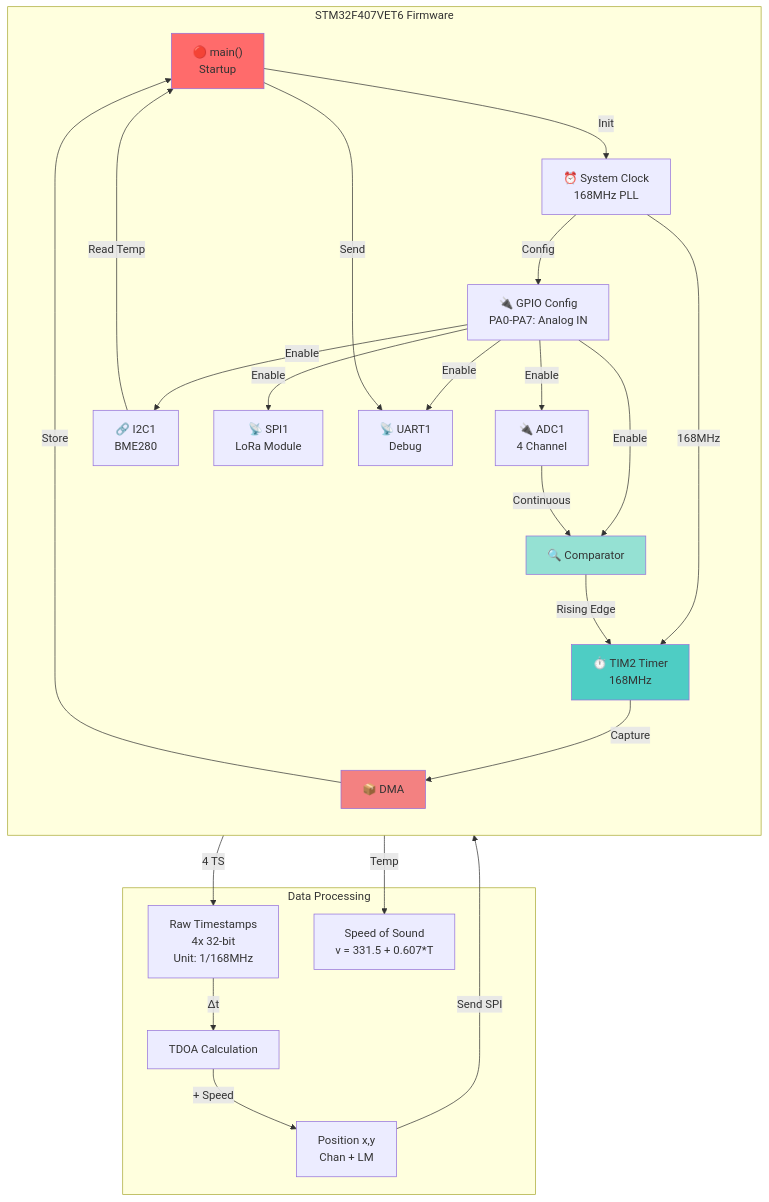
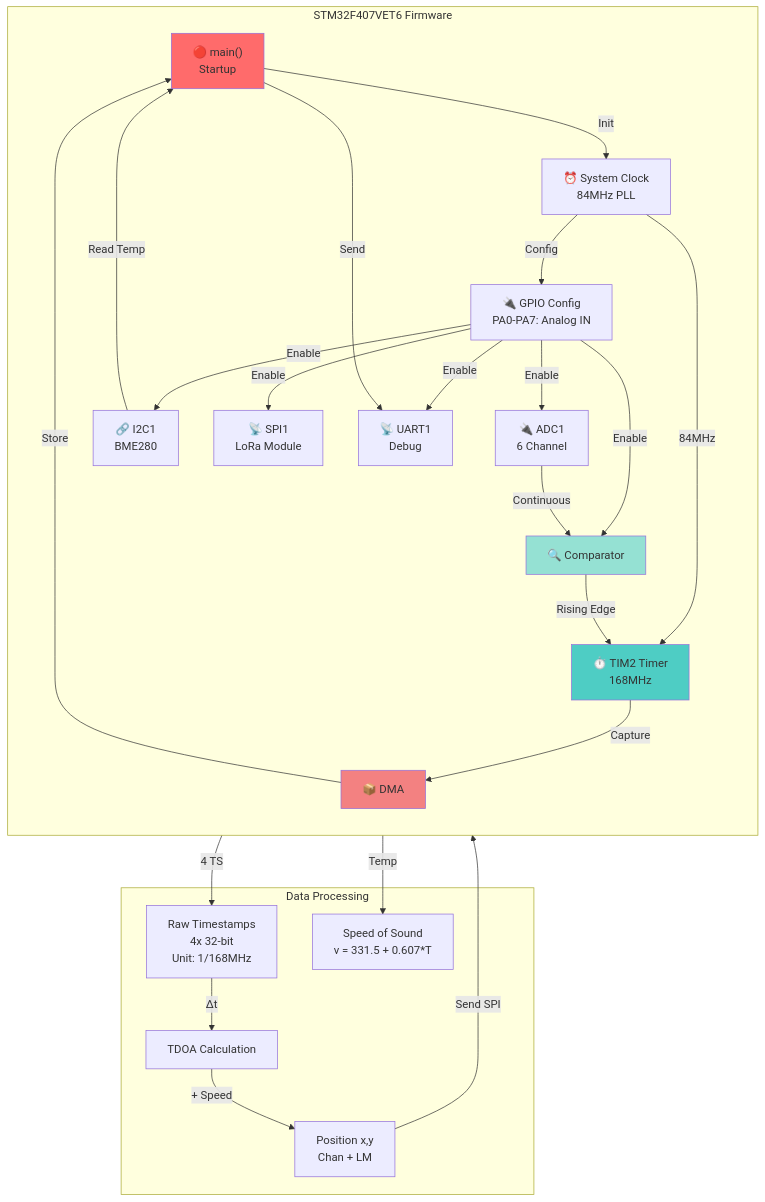
One commit to Dunghero1412/HTTDTD_v3.1 changed the third of 14 diagrams in docs/MERMAID.md. Above: the diagram before and after it, drawn with Mermaid. The commit also changed other lines of this file, not shown here.

Commit message:
Update sensor count and system clock frequency

````diff
--- a/docs/MERMAID.md
+++ b/docs/MERMAID.md
@@ -122,52 +122,52 @@
 ```mermaid
 graph TB
     subgraph "STM32F407VET6 Firmware"
         direction TB
         
         MAIN["🔴 main()<br/>Startup"]
-        SYSCLOCK["⏰ System Clock<br/>168MHz PLL"]
+        SYSCLOCK["⏰ System Clock<br/>84MHz PLL"]
         GPIO["🔌 GPIO Config<br/>PA0-PA7: Analog IN"]
         I2C["🔗 I2C1<br/>BME280"]
         SPI["📡 SPI1<br/>LoRa Module"]
         TIMER["⏱️ TIM2 Timer<br/>168MHz"]
-        ADC["🔌 ADC1<br/>4 Channel"]
+        ADC["🔌 ADC1<br/>6 Channel"]
         COMP["🔍 Comparator"]
         DMA["📦 DMA"]
         UART["📡 UART1<br/>Debug"]
         
         MAIN -->|"Init"| SYSCLOCK
-        SYSCLOCK -->|"168MHz"| TIMER
+        SYSCLOCK -->|"84MHz"| TIMER
         SYSCLOCK -->|"Config"| GPIO
         GPIO -->|"Enable"| ADC
         GPIO -->|"Enable"| I2C
         GPIO -->|"Enable"| SPI
         GPIO -->|"Enable"| COMP
         GPIO -->|"Enable"| UART
         
         ADC -->|"Continuous"| COMP
         COMP -->|"Rising Edge"| TIMER
         TIMER -->|"Capture"| DMA
         DMA -->|"Store"| MAIN
         
         I2C -->|"Read Temp"| MAIN
         MAIN -->|"Send"| UART
     end
     
     subgraph "Data Processing"
         RAWDATA["Raw Timestamps<br/>4x 32-bit<br/>Unit: 1/168MHz"]
         TDOA["TDOA Calculation"]
         SPEED["Speed of Sound<br/>v = 331.5 + 0.607*T"]
         POSITION["Position x,y<br/>Chan + LM"]
     end
     
     DMA -->|"4 TS"| RAWDATA
     MAIN -->|"Temp"| SPEED
     RAWDATA -->|"Δt"| TDOA
     TDOA -->|"+ Speed"| POSITION
     POSITION -->|"Send SPI"| MAIN
     
     style MAIN fill:#ff6b6b
     style TIMER fill:#4ecdc4
     style COMP fill:#95e1d3
     style DMA fill:#f38181
 ```
````
